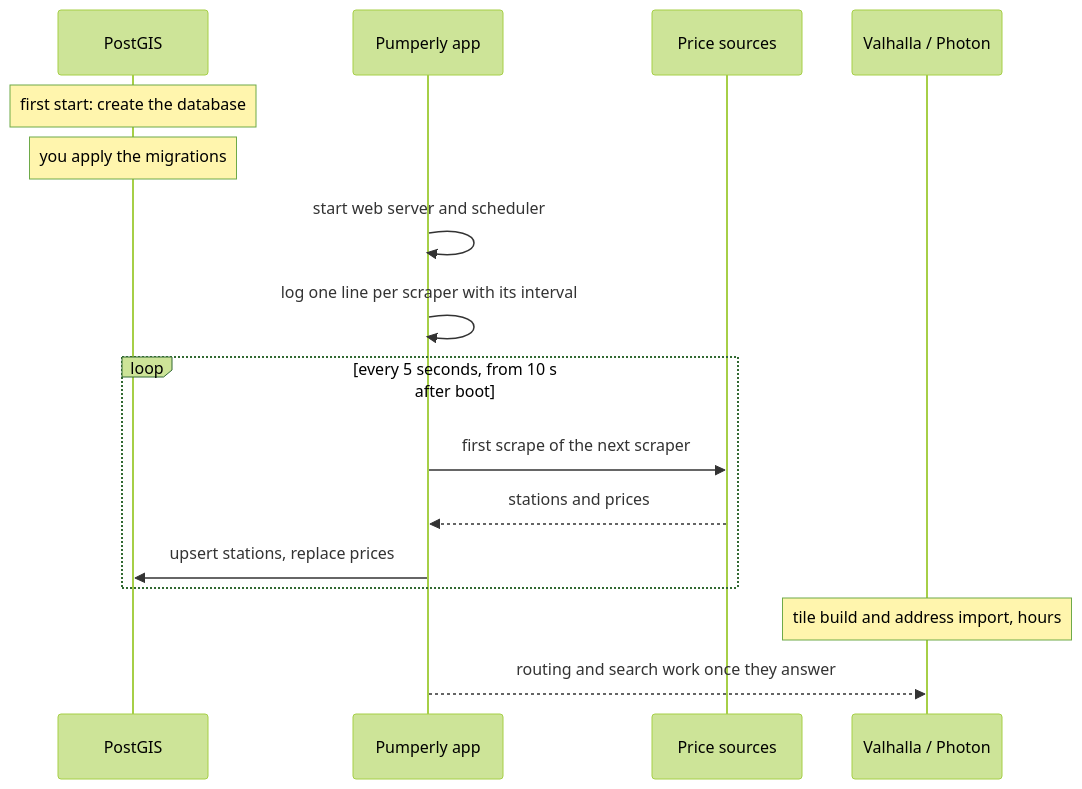
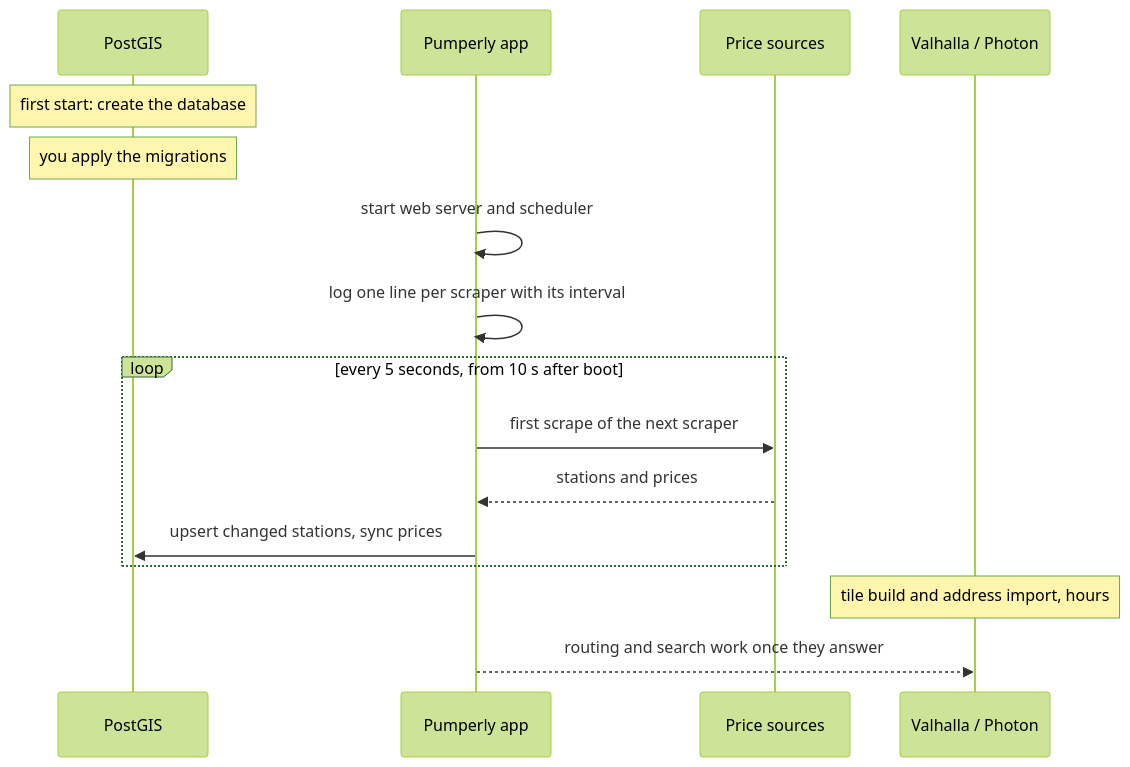
One commit to GeiserX/Pumperly changed the diagram in docs/getting-started/first-start.md. Above: the diagram before and after it, drawn with Mermaid (forest theme). The commit also changed other lines of this file and 40 other files, not shown here.

First line of the commit message:
perf(scrapers): stop rewriting unchanged prices and stations on every run (#236)

````diff
--- a/docs/getting-started/first-start.md
+++ b/docs/getting-started/first-start.md
@@ -14,18 +14,18 @@
 ```mermaid
 sequenceDiagram
     participant DB as PostGIS
     participant App as Pumperly app
     participant Src as Price sources
     participant V as Valhalla / Photon
     Note over DB: first start: create the database
     Note over DB: you apply the migrations
     App->>App: start web server and scheduler
     App->>App: log one line per scraper with its interval
     loop every 5 seconds, from 10 s after boot
         App->>Src: first scrape of the next scraper
         Src-->>App: stations and prices
-        App->>DB: upsert stations, replace prices
+        App->>DB: upsert changed stations, sync prices
     end
     Note over V: tile build and address import, hours
     App-->>V: routing and search work once they answer
 ```
````
